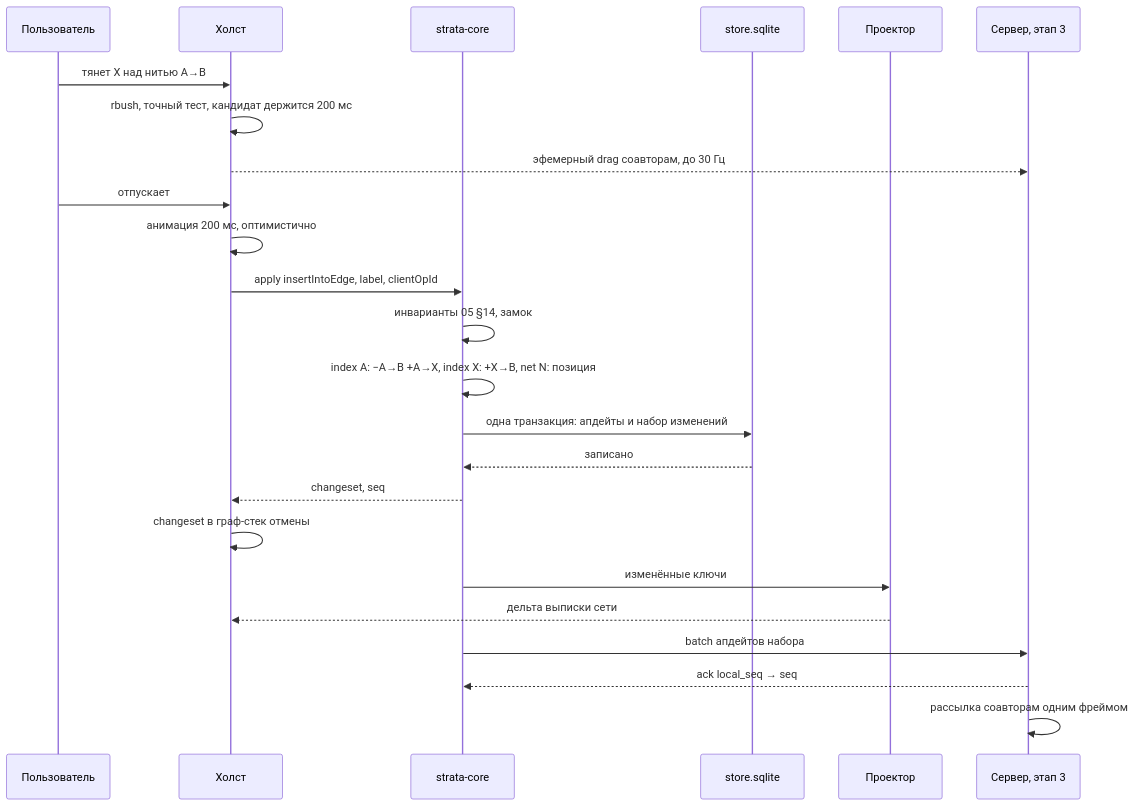
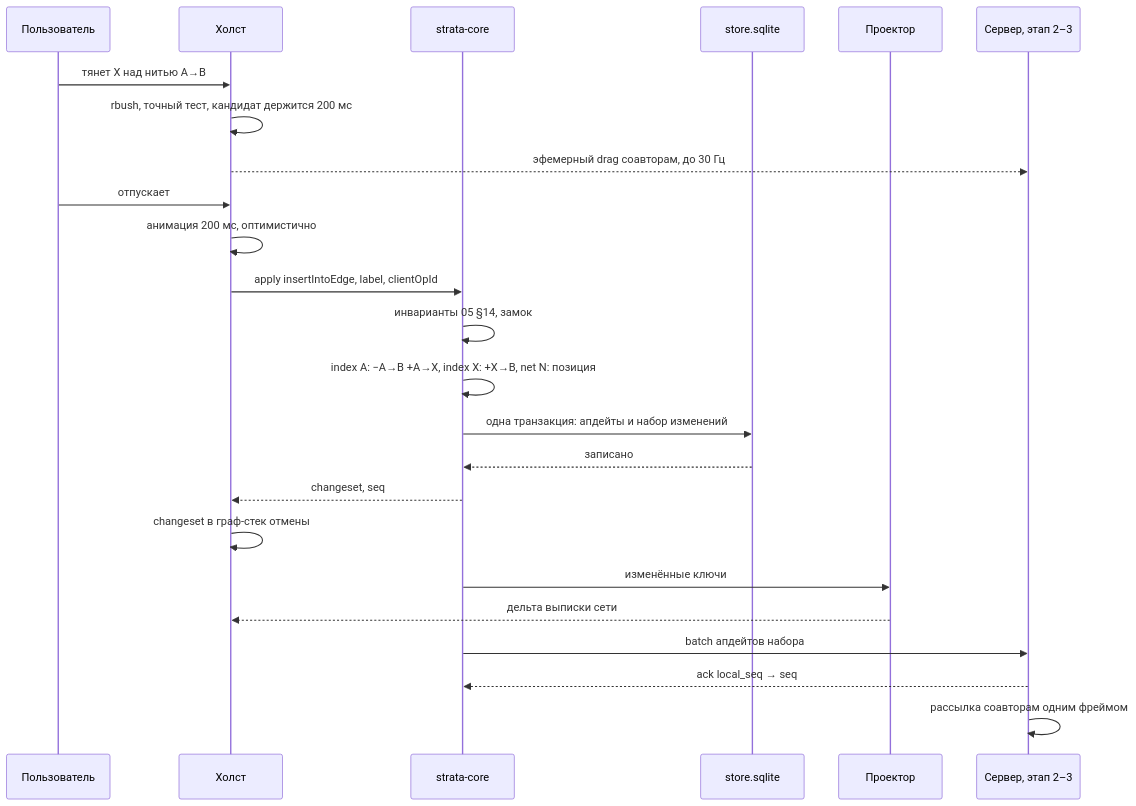
One commit to AntonZyuzin/Strata changed the fifth of 10 diagrams in docs/15-architecture.md. Above: the diagram before and after it, drawn with Mermaid. The commit also changed other lines of this file and 15 other files, not shown here.

First line of the commit message:
docs: apply consistency fixes to design, 3D, storage, server, MCP, interop, NFR, architecture, roadmap, ADRs and traceability

````diff
--- a/docs/15-architecture.md
+++ b/docs/15-architecture.md
@@ -324,26 +325,26 @@
 ```mermaid
 sequenceDiagram
     participant U as Пользователь
     participant CV as Холст
     participant C as strata-core
     participant DB as store.sqlite
     participant P as Проектор
-    participant S as Сервер, этап 3
+    participant S as Сервер, этап 2–3
     U->>CV: тянет X над нитью A→B
     CV->>CV: rbush, точный тест, кандидат держится 200 мс
     CV-->>S: эфемерный drag соавторам, до 30 Гц
     U->>CV: отпускает
     CV->>CV: анимация 200 мс, оптимистично
     CV->>C: apply insertIntoEdge, label, clientOpId
     C->>C: инварианты 05 §14, замок
     C->>C: index A: −A→B +A→X, index X: +X→B, net N: позиция
     C->>DB: одна транзакция: апдейты и набор изменений
     DB-->>C: записано
     C-->>CV: changeset, seq
     CV->>CV: changeset в граф-стек отмены
     C->>P: изменённые ключи
     P-->>CV: дельта выписки сети
     C->>S: batch апдейтов набора
     S-->>C: ack local_seq → seq
     S->>S: рассылка соавторам одним фреймом
 ```
````
